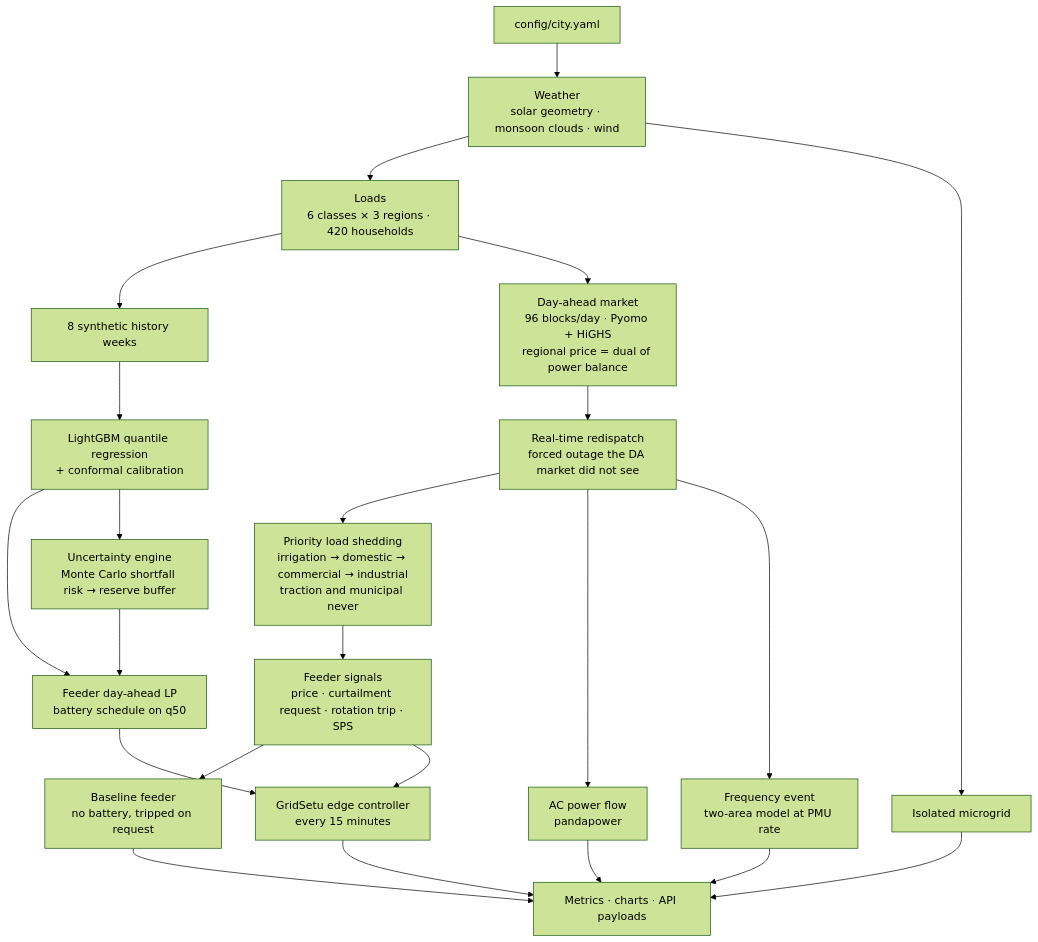
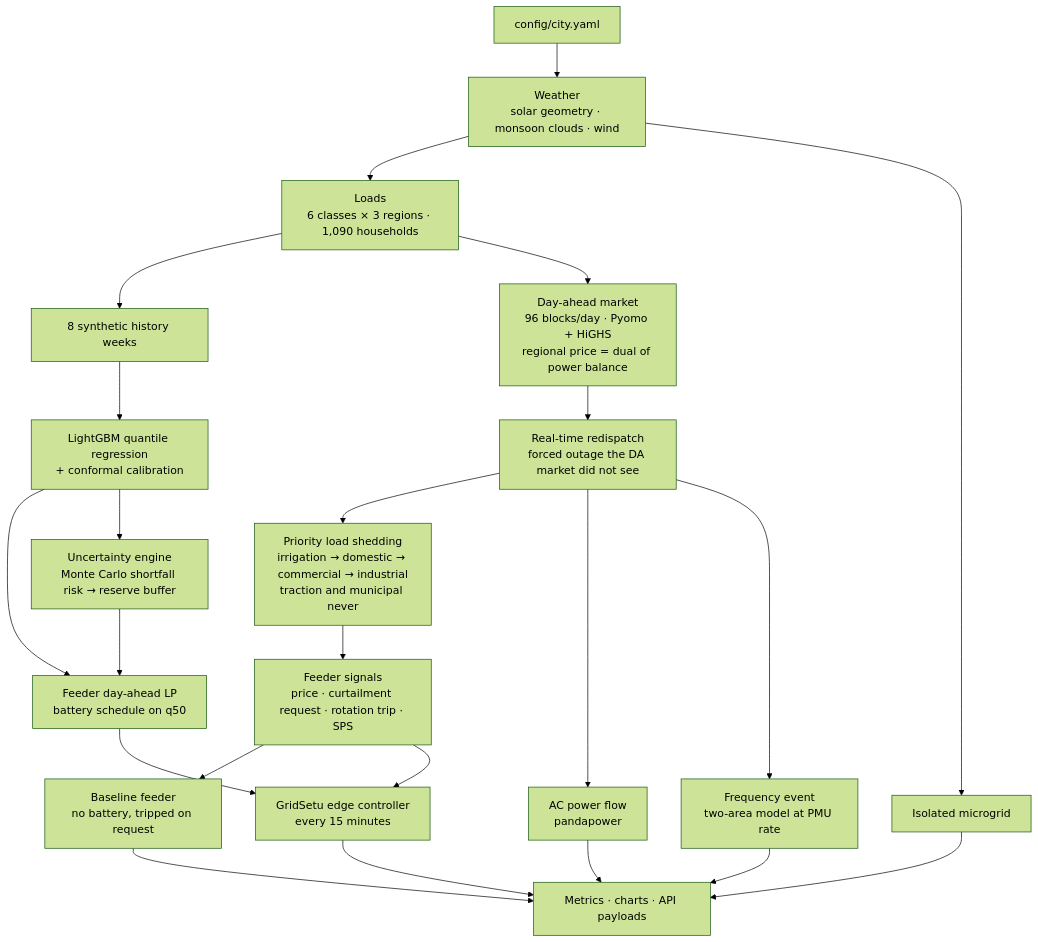
One commit to HUNT-001/GridSetu changed the third of 8 diagrams in README.md. Above: the diagram before and after it, drawn with Mermaid (forest theme). The commit also changed other lines of this file and 60 other files, not shown here.

````diff
--- a/README.md
+++ b/README.md
@@ -277,30 +277,30 @@
 ```mermaid
 flowchart TD
     CFG["config/city.yaml"] --> WX["Weather<br/>solar geometry · monsoon clouds · wind"]
-    WX --> LD["Loads<br/>6 classes × 3 regions · 420 households"]
+    WX --> LD["Loads<br/>6 classes × 3 regions · 1,090 households"]
     LD --> HIST["8 synthetic history weeks"]
     HIST --> QR["LightGBM quantile regression<br/>+ conformal calibration"]
 
     LD --> DA["Day-ahead market<br/>96 blocks/day · Pyomo + HiGHS<br/>regional price = dual of power balance"]
     DA --> RT["Real-time redispatch<br/>forced outage the DA market did not see"]
     RT --> SHED["Priority load shedding<br/>irrigation → domestic → commercial → industrial<br/>traction and municipal never"]
 
     SHED --> SIG["Feeder signals<br/>price · curtailment request · rotation trip · SPS"]
     QR --> PLAN["Feeder day-ahead LP<br/>battery schedule on q50"]
     QR --> UNC["Uncertainty engine<br/>Monte Carlo shortfall risk → reserve buffer"]
     UNC --> PLAN
 
     SIG --> BASE["Baseline feeder<br/>no battery, tripped on request"]
     SIG --> EDGE["GridSetu edge controller<br/>every 15 minutes"]
     PLAN --> EDGE
 
     RT --> PF["AC power flow<br/>pandapower"]
     RT --> WAMS["Frequency event<br/>two-area model at PMU rate"]
     WX --> ISL["Isolated microgrid"]
 
     BASE --> OUT["Metrics · charts · API payloads"]
     EDGE --> OUT
     PF --> OUT
     WAMS --> OUT
     ISL --> OUT
 ```
````
